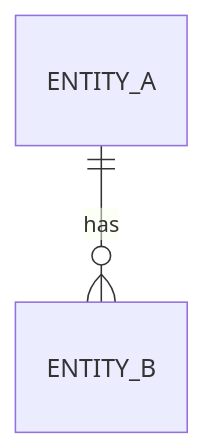
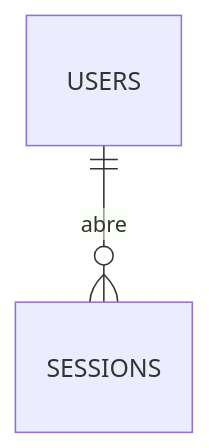
The diagram in docs/stages/2.4-identity-http/concept.md (MarceloSanC/restaurant-hub), drawn with Mermaid before and after one commit. The commit also changed other lines of this file and 4 other files, not shown here.

````diff
--- a/docs/stages/2.4-identity-http/concept.md
+++ b/docs/stages/2.4-identity-http/concept.md
@@ -119,4 +565,4 @@
 ```mermaid
 erDiagram
-  ENTITY_A ||--o{ ENTITY_B : has
+  USERS ||--o{ SESSIONS : "abre"
 ```
````
